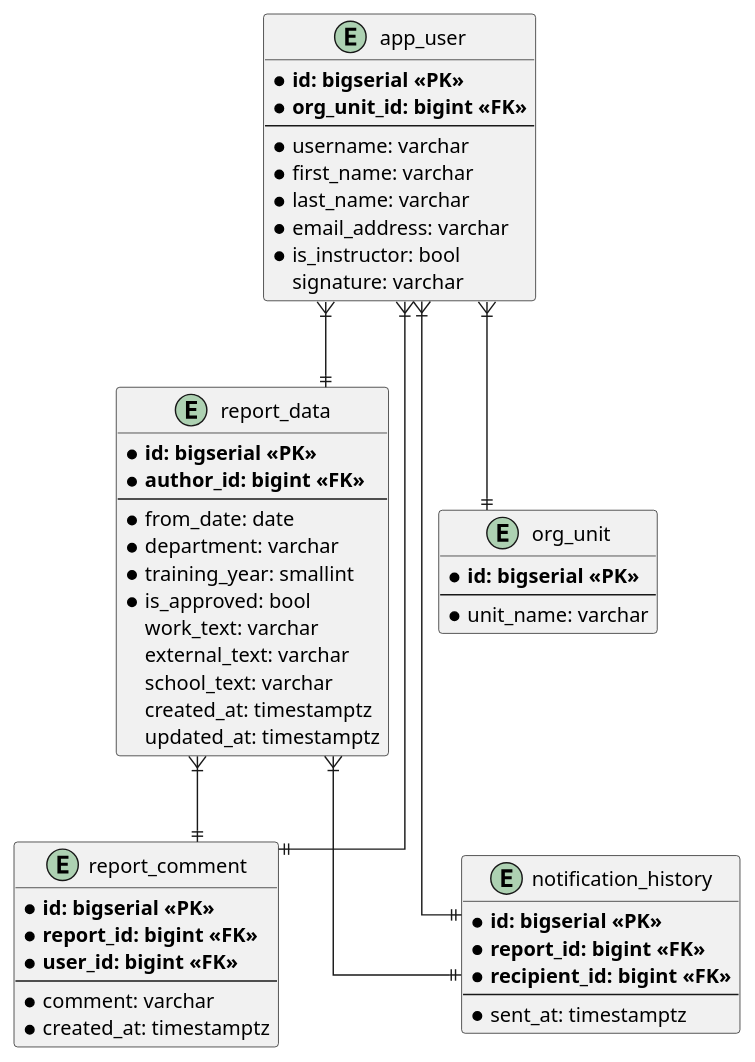
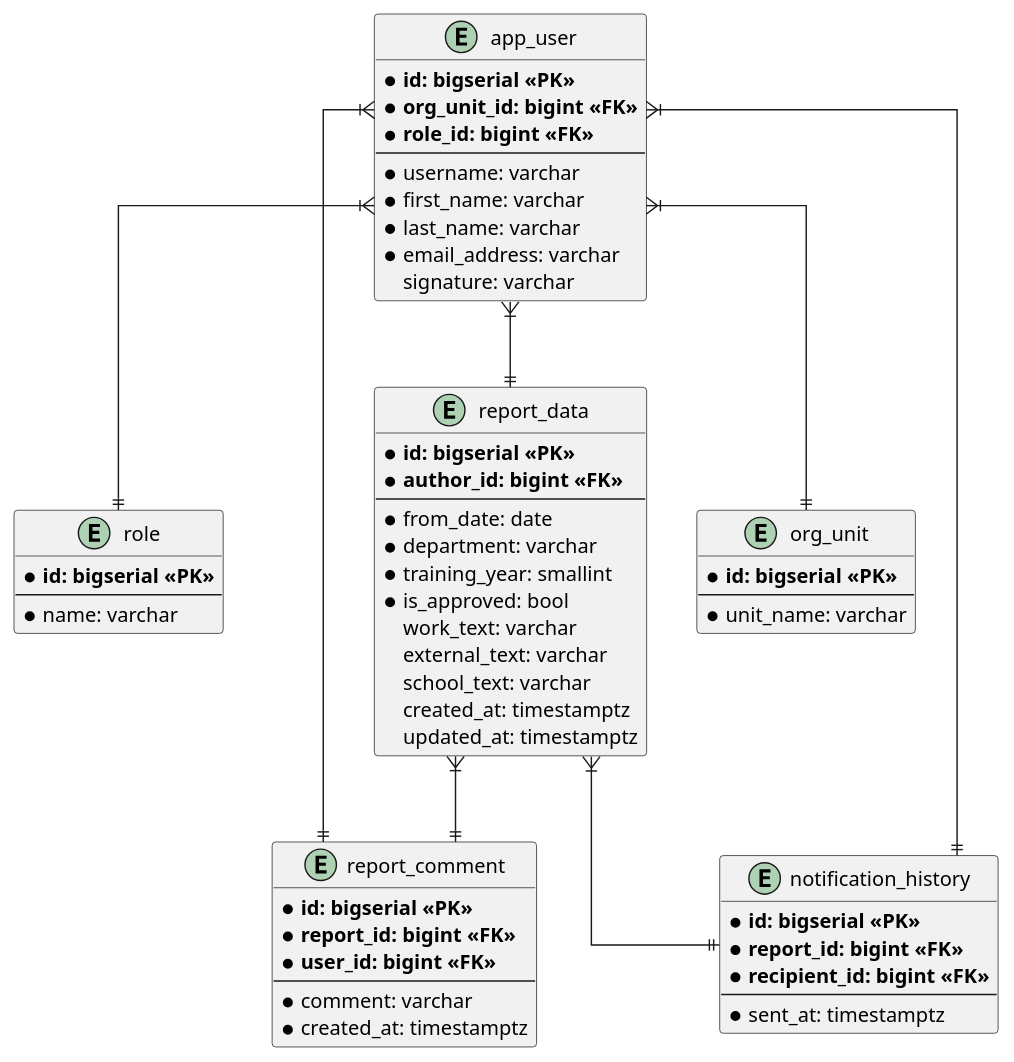
The diagram in doc/src/data.puml (m4k3l/reboto), drawn with PlantUML before and after one commit. The commit also changed 4 other files, not shown here.

```diff
--- a/doc/src/data.puml
+++ b/doc/src/data.puml
@@ -1,61 +1,68 @@
 @startuml
 skinparam linetype ortho
 
 entity "app_user" {
     * **id: bigserial <<PK>>**
     * **org_unit_id: bigint <<FK>>**
+    * **role_id: bigint <<FK>>**
     ---
     * username: varchar
     * first_name: varchar
     * last_name: varchar
     * email_address: varchar
-    * is_instructor: bool
     signature: varchar
+}
+
+entity "role" {
+    * **id: bigserial <<PK>>**
+    ---
+    * name: varchar
 }
 
 entity "report_data" {
     * **id: bigserial <<PK>>**
     * **author_id: bigint <<FK>>**
     ---
     * from_date: date
     * department: varchar
     * training_year: smallint
     * is_approved: bool
     work_text: varchar
     external_text: varchar
     school_text: varchar
     created_at: timestamptz
     updated_at: timestamptz
 }
 
 entity "report_comment" {
     * **id: bigserial <<PK>>**
     * **report_id: bigint <<FK>>**
     * **user_id: bigint <<FK>>**
     ---
     * comment: varchar
     * created_at: timestamptz
 }
 
 entity "org_unit" {
     * **id: bigserial <<PK>>**
     ---
     * unit_name: varchar
 }
 
 entity "notification_history" {
     * **id: bigserial <<PK>>**
     * **report_id: bigint <<FK>>**
     * **recipient_id: bigint <<FK>>**
     ---
     * sent_at: timestamptz
 }
 
 app_user }|--|| org_unit
 app_user }|--|| report_data
 app_user }|--|| report_comment
 app_user }|--|| notification_history
+app_user }|--|| role
 report_data }|--|| report_comment
 report_data }|--|| notification_history
 
 @enduml
```
